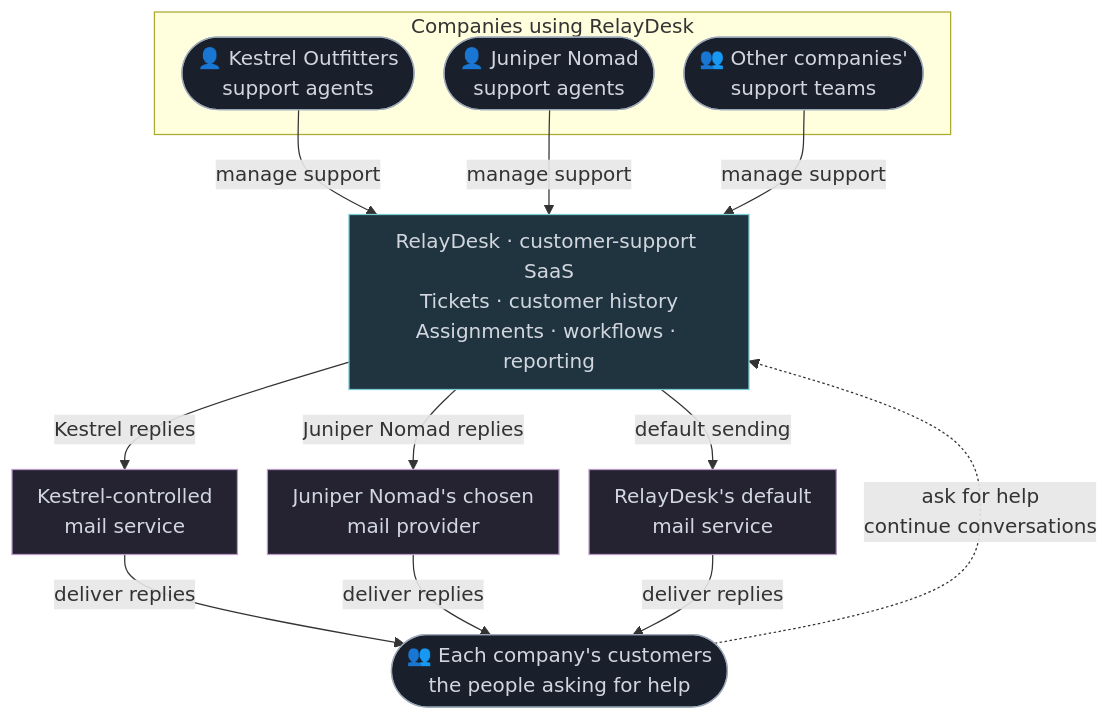
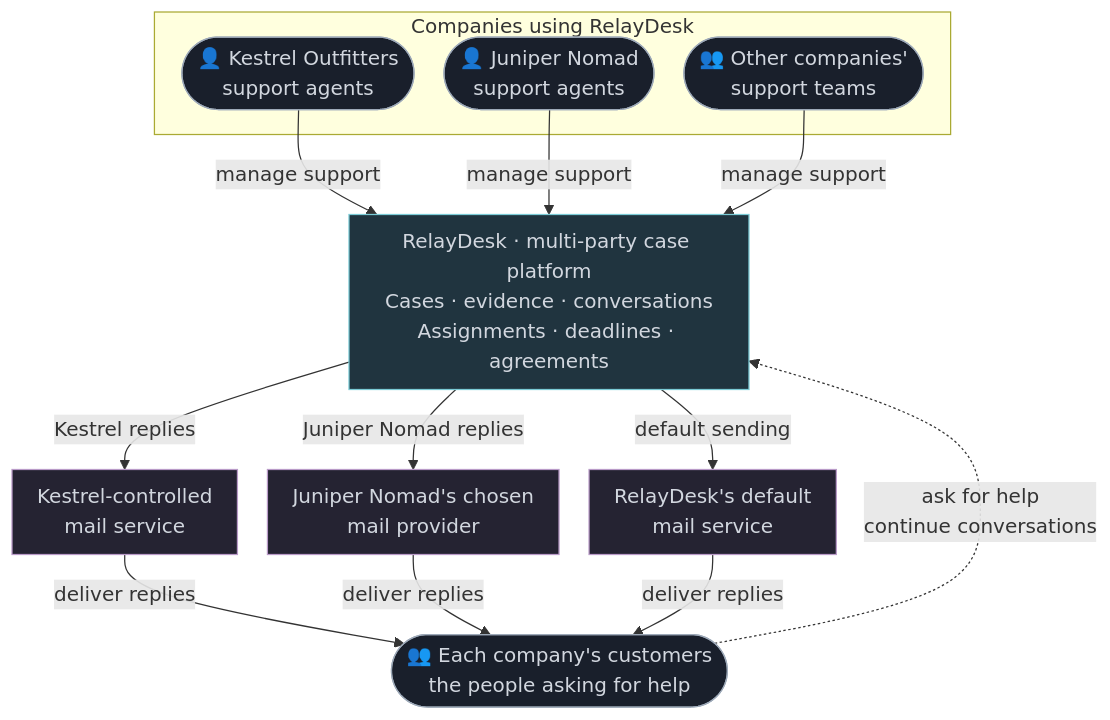
The first of 4 diagrams in src/journal/2026-09-12-everybody-brought-their-own-mail-server.md (simple-java-mail/simplejavamail.org), drawn with Mermaid before and after one commit. The commit also changed other lines of this file and 21 other files, not shown here.

First line of the commit message:
feat(journal): evolve RelayDesk's cyberpunk case platform

````diff
--- a/src/journal/2026-09-12-everybody-brought-their-own-mail-server.md
+++ b/src/journal/2026-09-12-everybody-brought-their-own-mail-server.md
@@ -42,37 +46,37 @@
 ```mermaid
 %%{init: { "flowchart": { "padding": 10, "wrappingWidth": 280, "nodeSpacing": 24, "rankSpacing": 40 } } }%%
 flowchart TB
-    accTitle: RelayDesk connects support teams with the people they help
-    accDescr: Kestrel Outfitters, Juniper Nomad and other companies use RelayDesk to manage support conversations, customer history, assignments, workflows and reporting. Their customers ask for help and continue those conversations. Outgoing email replies travel through each company's approved mail service: Kestrel-controlled servers, Juniper Nomad's chosen provider or RelayDesk's default service. This view shows the product and its external relationships, not its internal sending implementation.
+    accTitle: Customer support is one use of RelayDesk's multi-party case platform
+    accDescr: Fixers, brokers and businesses use RelayDesk to coordinate cases. This view focuses on customer support: Kestrel Outfitters, Juniper Nomad and other companies manage conversations, evidence, assignments and follow-ups. Human agents and authorized AI coordinators work within their customer workspaces. Outgoing replies use each company's approved mail service. This view shows external relationships, not the internal sending implementation.
 
     subgraph teams["Companies using RelayDesk"]
         kestrelAgents(["👤 Kestrel Outfitters<br/>support agents"])
         juniperAgents(["👤 Juniper Nomad<br/>support agents"])
         otherAgents(["👥 Other companies'<br/>support teams"])
     end
 
-    relaydesk["RelayDesk · customer-support SaaS<br/>Tickets · customer history<br/>Assignments · workflows · reporting"]
+    relaydesk["RelayDesk · multi-party case platform<br/>Cases · evidence · conversations<br/>Assignments · deadlines · agreements"]
 
     kestrelMail["Kestrel-controlled<br/>mail service"]
     juniperMail["Juniper Nomad's chosen<br/>mail provider"]
     defaultMail["RelayDesk's default<br/>mail service"]
     customers(["👥 Each company's customers<br/>the people asking for help"])
 
     kestrelAgents -->|manage support| relaydesk
     juniperAgents -->|manage support| relaydesk
     otherAgents -->|manage support| relaydesk
     relaydesk -->|Kestrel replies| kestrelMail
     relaydesk -->|Juniper Nomad replies| juniperMail
     relaydesk -->|default sending| defaultMail
     kestrelMail -->|deliver replies| customers
     juniperMail -->|deliver replies| customers
     defaultMail -->|deliver replies| customers
     customers -.->|ask for help<br/>continue conversations| relaydesk
 
     classDef person fill:#191F2B,stroke:#9DA9B8,color:#D2D7DF
     classDef product fill:#20343F,stroke:#7BCBD6,color:#D2D7DF
     classDef external fill:#252332,stroke:#B99AC8,color:#D2D7DF
     class kestrelAgents,juniperAgents,otherAgents,customers person
     class relaydesk product
     class kestrelMail,juniperMail,defaultMail external
 ```
````
